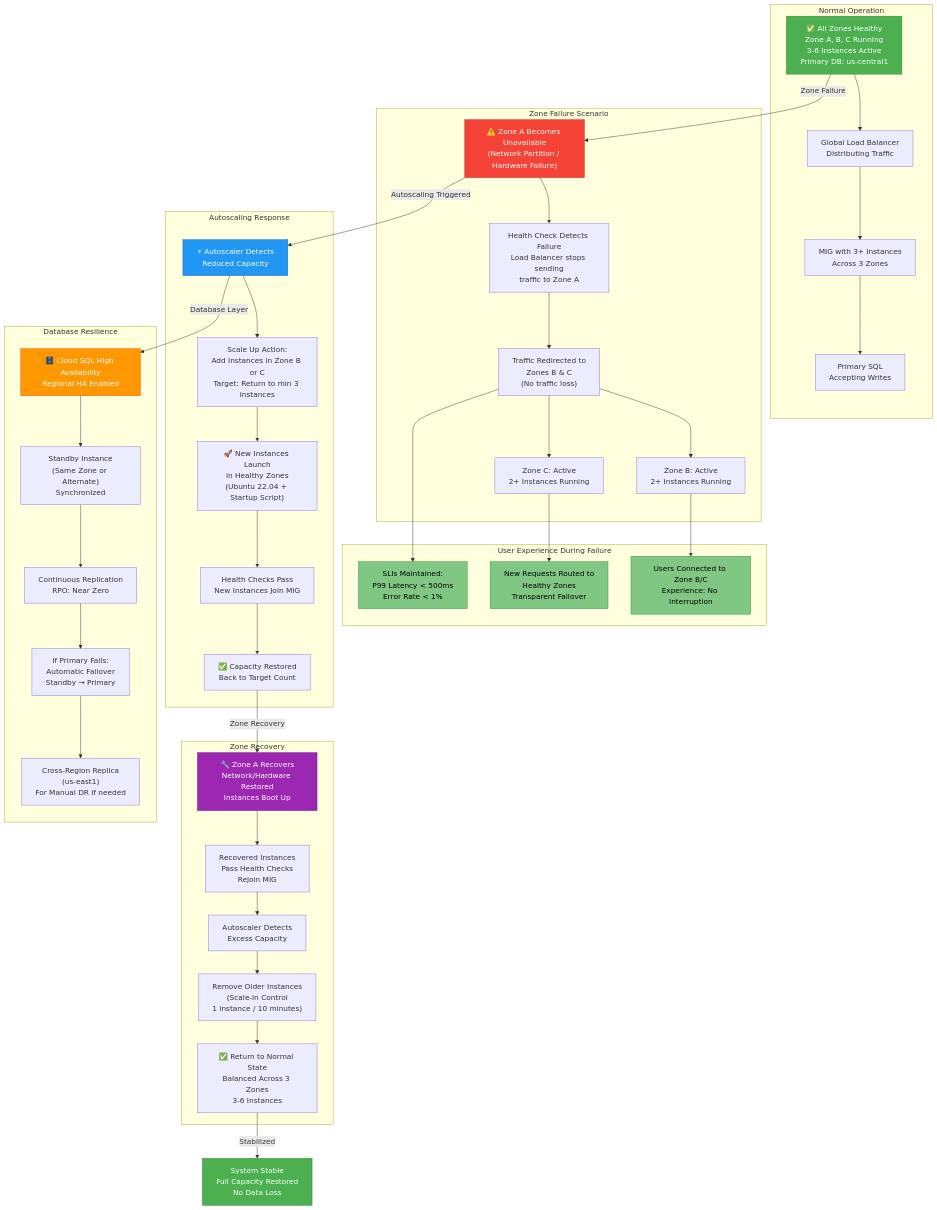
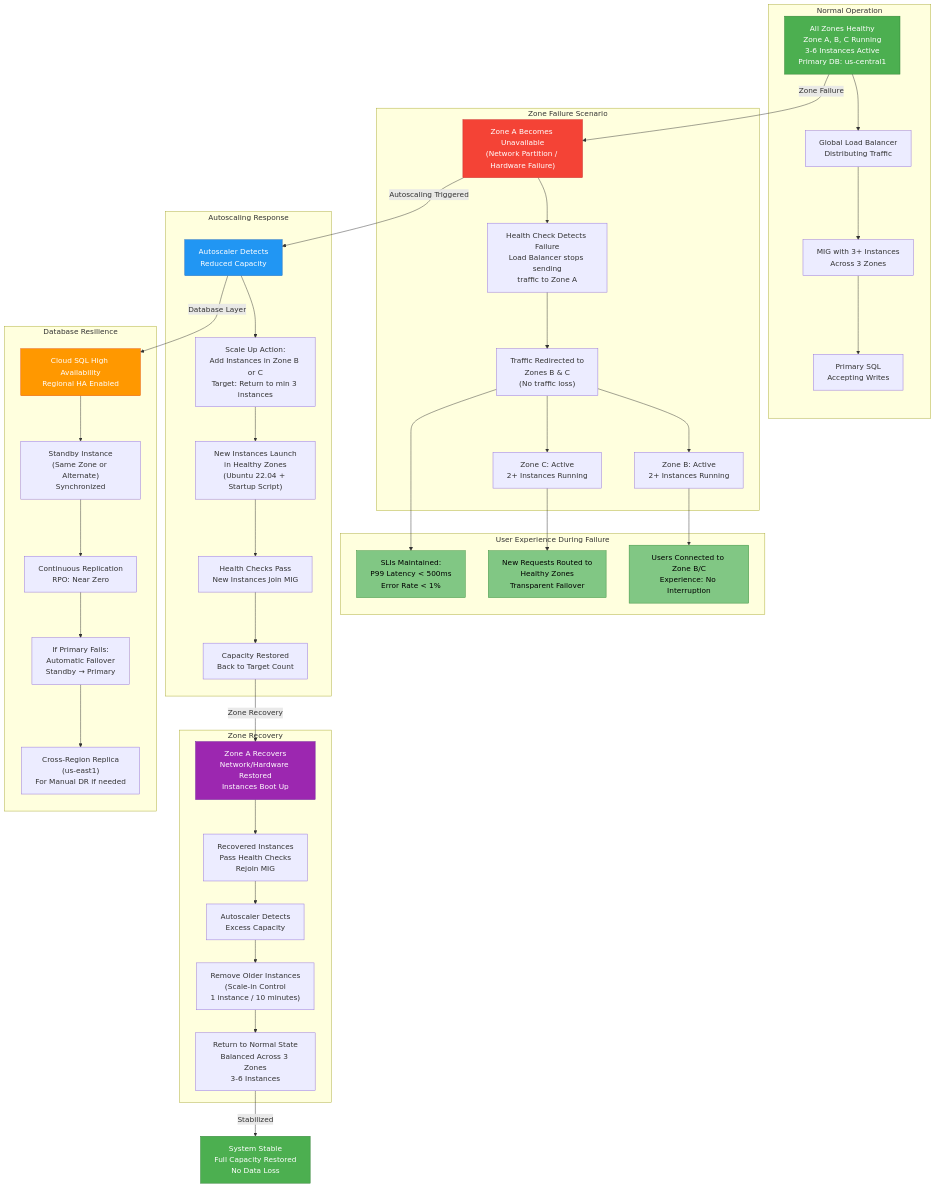
The diagram in architecture/diagrams/resilience-flow.mmd (mauriciolsrj/xpe-desafio-arquitetura-solucoes), drawn with Mermaid before and after one commit. The commit also changed 15 other files, not shown here.

```diff
--- a/architecture/diagrams/resilience-flow.mmd
+++ b/architecture/diagrams/resilience-flow.mmd
@@ -1,109 +1,109 @@
 graph TD
     subgraph "Normal Operation"
-        Normal["✅ All Zones Healthy<br/>Zone A, B, C Running<br/>3-6 Instances Active<br/>Primary DB: us-central1"]
+        Normal["All Zones Healthy<br/>Zone A, B, C Running<br/>3-6 Instances Active<br/>Primary DB: us-central1"]
         
         GLB1["Global Load Balancer<br/>Distributing Traffic"]
         MIG1["MIG with 3+ Instances<br/>Across 3 Zones"]
         DB1["Primary SQL<br/>Accepting Writes"]
         
         Normal --> GLB1
         GLB1 --> MIG1
         MIG1 --> DB1
     end
 
     Normal -->|Zone Failure| Failure
 
     subgraph "Zone Failure Scenario"
-        Failure["⚠️ Zone A Becomes Unavailable<br/>(Network Partition / Hardware Failure)"]
+        Failure["Zone A Becomes Unavailable<br/>(Network Partition / Hardware Failure)"]
         
         Detection["Health Check Detects Failure<br/>Load Balancer stops sending<br/>traffic to Zone A"]
         
         ZoneB_Active["Zone B: Active<br/>2+ Instances Running"]
         ZoneC_Active["Zone C: Active<br/>2+ Instances Running"]
         
         Traffic_Redirect["Traffic Redirected to<br/>Zones B & C<br/>(No traffic loss)"]
         
         Failure --> Detection
         Detection --> Traffic_Redirect
         Traffic_Redirect --> ZoneB_Active
         Traffic_Redirect --> ZoneC_Active
     end
 
     Failure -->|Autoscaling Triggered| Scaling
 
     subgraph "Autoscaling Response"
-        Scaling["⚡ Autoscaler Detects<br/>Reduced Capacity"]
+        Scaling["Autoscaler Detects<br/>Reduced Capacity"]
         
         Scale_Up["Scale Up Action:<br/>Add Instances in Zone B or C<br/>Target: Return to min 3 instances"]
         
-        New_Instances["🚀 New Instances Launch<br/>in Healthy Zones<br/>(Ubuntu 22.04 + Startup Script)"]
+        New_Instances["New Instances Launch<br/>in Healthy Zones<br/>(Ubuntu 22.04 + Startup Script)"]
         
         Health_Check_New["Health Checks Pass<br/>New Instances Join MIG"]
         
-        Capacity_Restored["✅ Capacity Restored<br/>Back to Target Count"]
+        Capacity_Restored["Capacity Restored<br/>Back to Target Count"]
         
         Scaling --> Scale_Up
         Scale_Up --> New_Instances
         New_Instances --> Health_Check_New
         Health_Check_New --> Capacity_Restored
     end
 
     Scaling -->|Database Layer| DB_Failover
 
     subgraph "Database Resilience"
-        DB_Failover["🗄️ Cloud SQL High Availability<br/>Regional HA Enabled"]
+        DB_Failover["Cloud SQL High Availability<br/>Regional HA Enabled"]
         
         DB_Standby["Standby Instance<br/>(Same Zone or Alternate)<br/>Synchronized"]
         
         DB_Monitoring["Continuous Replication<br/>RPO: Near Zero"]
         
         DB_Failover --> DB_Standby
         DB_Standby --> DB_Monitoring
         
         DB_Check["If Primary Fails:<br/>Automatic Failover<br/>Standby → Primary"]
         DB_Monitoring --> DB_Check
         
         DR_Replica["Cross-Region Replica<br/>(us-east1)<br/>For Manual DR if needed"]
         DB_Check --> DR_Replica
     end
 
     Capacity_Restored -->|Zone Recovery| Recovery
 
     subgraph "Zone Recovery"
-        Recovery["🔧 Zone A Recovers<br/>Network/Hardware Restored<br/>Instances Boot Up"]
+        Recovery["Zone A Recovers<br/>Network/Hardware Restored<br/>Instances Boot Up"]
         
         Rejoin["Recovered Instances<br/>Pass Health Checks<br/>Rejoin MIG"]
         
         Scale_Down["Autoscaler Detects<br/>Excess Capacity"]
         
         Remove_Older["Remove Older Instances<br/>(Scale-in Control<br/>1 instance / 10 minutes)"]
         
-        Back_Normal["✅ Return to Normal State<br/>Balanced Across 3 Zones<br/>3-6 Instances"]
+        Back_Normal["Return to Normal State<br/>Balanced Across 3 Zones<br/>3-6 Instances"]
         
         Recovery --> Rejoin
         Rejoin --> Scale_Down
         Scale_Down --> Remove_Older
         Remove_Older --> Back_Normal
     end
 
     Back_Normal -->|Stabilized| Final["System Stable<br/>Full Capacity Restored<br/>No Data Loss"]
 
     subgraph "User Experience During Failure"
         UX1["Users Connected to Zone B/C<br/>Experience: No Interruption"]
         UX2["New Requests Routed to<br/>Healthy Zones<br/>Transparent Failover"]
         UX3["SLIs Maintained:<br/>P99 Latency < 500ms<br/>Error Rate < 1%"]
         
         ZoneB_Active --> UX1
         ZoneC_Active --> UX2
         Traffic_Redirect --> UX3
     end
 
     style Normal fill:#4CAF50,stroke:#2E7D32,color:#fff
     style Failure fill:#F44336,stroke:#C62828,color:#fff
     style Scaling fill:#2196F3,stroke:#1565C0,color:#fff
     style DB_Failover fill:#FF9800,stroke:#E65100,color:#fff
     style Recovery fill:#9C27B0,stroke:#6A1B9A,color:#fff
     style Final fill:#4CAF50,stroke:#2E7D32,color:#fff
     style UX1 fill:#81C784,stroke:#388E3C,color:#000
     style UX2 fill:#81C784,stroke:#388E3C,color:#000
     style UX3 fill:#81C784,stroke:#388E3C,color:#000
```
